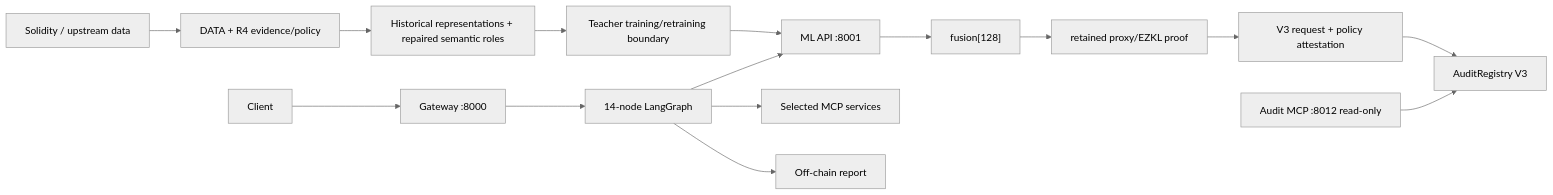
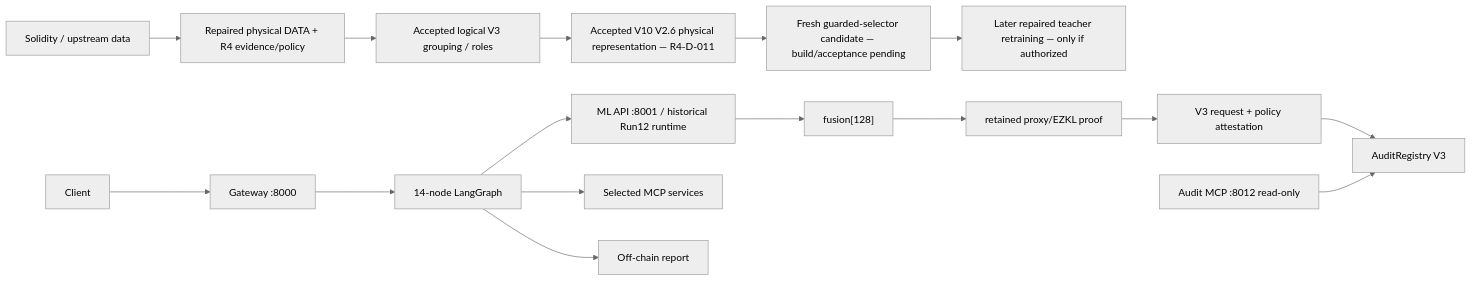
One commit to motafegh/sentinel- changed the diagram in docs/handbook/01_architecture.md. Above: the diagram before and after it, drawn with Mermaid (neutral theme). The commit also changed other lines of this file, not shown here.

Commit message:
docs(portfolio): align architecture handbook with current R4 state

````diff
--- a/docs/handbook/01_architecture.md
+++ b/docs/handbook/01_architecture.md
@@ -15,19 +15,21 @@
 ```mermaid
 flowchart LR
-  U["Solidity / upstream data"] --> D["DATA + R4 evidence/policy"]
-  D --> A["Historical representations + repaired semantic roles"]
-  A --> M["Teacher training/retraining boundary"]
-  M --> API["ML API :8001"]
+  U["Solidity / upstream data"] --> D["Repaired physical DATA + R4 evidence/policy"]
+  D --> V3L["Accepted logical V3 grouping / roles"]
+  V3L --> V10["Accepted V10 V2.6 physical representation — R4-D-011"]
+  V10 --> GC["Fresh guarded-selector candidate — build/acceptance pending"]
+  GC --> M["Later repaired teacher retraining — only if authorized"]
+
   C["Client"] --> G["Gateway :8000"]
   G --> L["14-node LangGraph"]
-  L --> API
+  L --> API["ML API :8001 / historical Run12 runtime"]
   L --> S["Selected MCP services"]
   L --> REP["Off-chain report"]
 
   API --> F["fusion[128]"]
   F --> Z["retained proxy/EZKL proof"]
-  Z --> V3["V3 request + policy attestation"]
-  V3 --> R["AuditRegistry V3"]
+  Z --> P["V3 request + policy attestation"]
+  P --> R["AuditRegistry V3"]
 
   RO["Audit MCP :8012 read-only"] --> R
 ```
````
